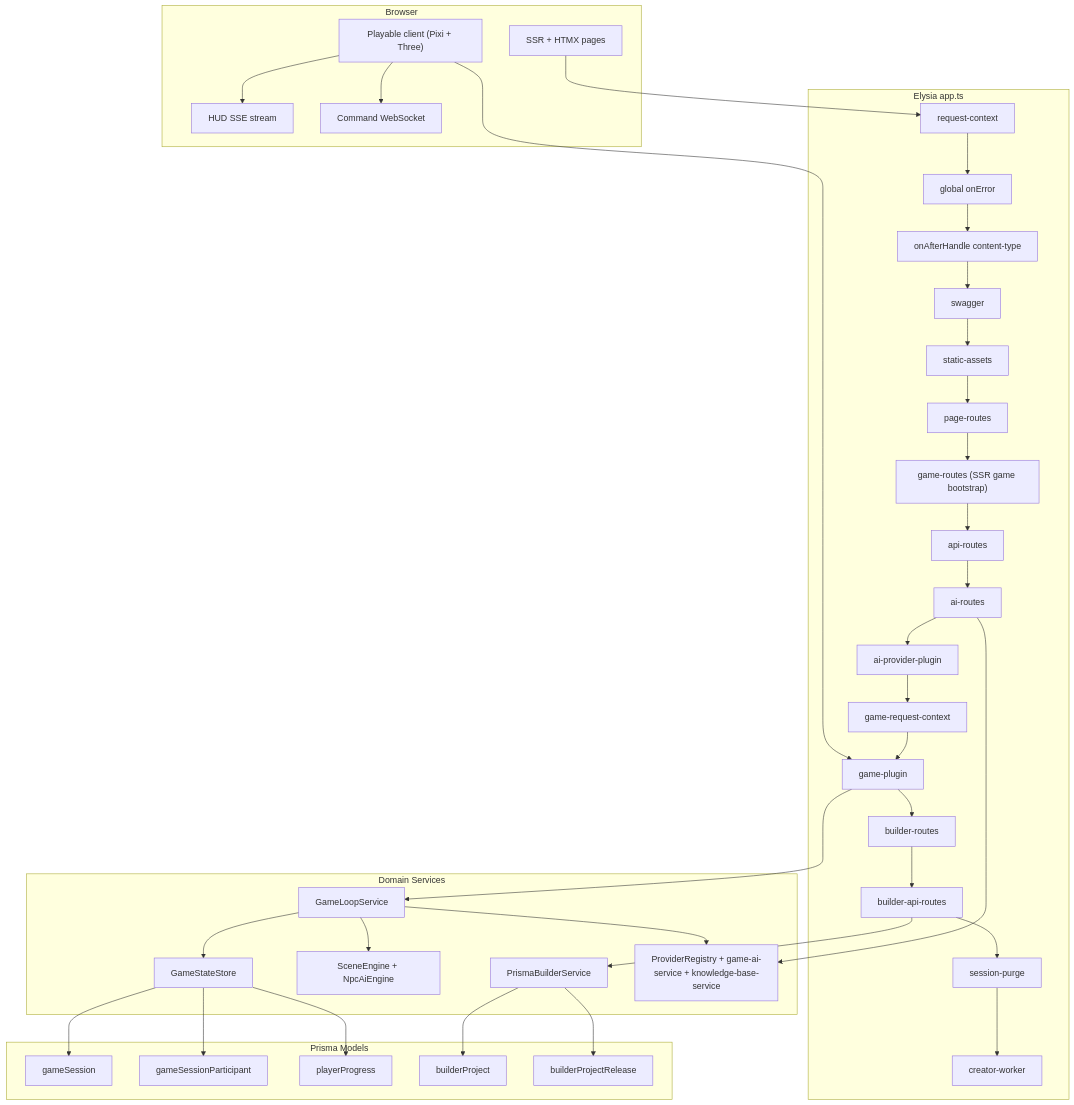
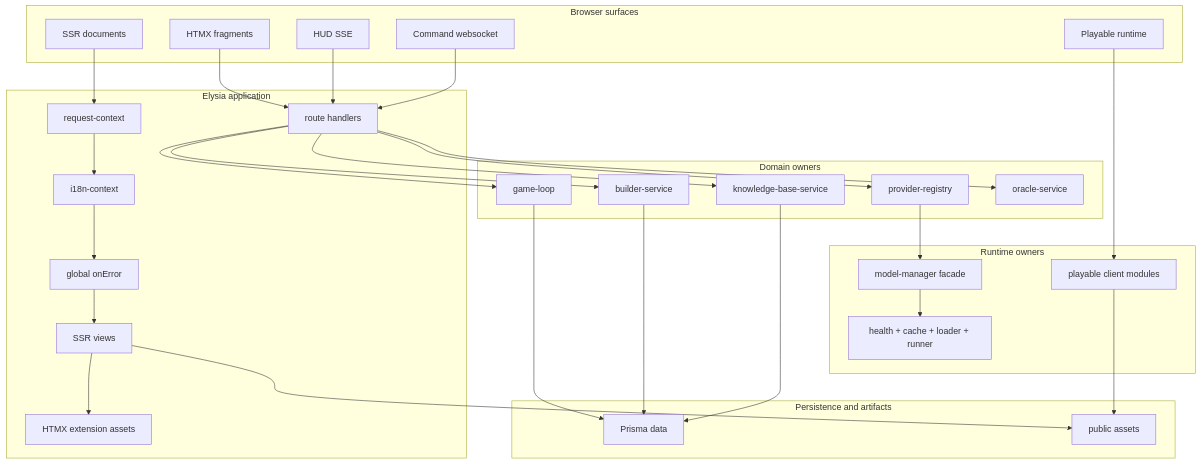
One commit to d4551/tea changed the first of 10 diagrams in ARCHITECTURE.md. Above: the diagram before and after it, drawn with Mermaid. The commit also changed other lines of this file and 115 other files, not shown here.

First line of the commit message:
Refactor TEA architecture documentation and enhance package.json scripts

````diff
--- a/ARCHITECTURE.md
+++ b/ARCHITECTURE.md
@@ -5,58 +7,62 @@
 ```mermaid
-graph TB
-  subgraph Browser["Browser"]
-    HOME["SSR + HTMX pages"]
-    GAME["Playable client (Pixi + Three)"]
-    SSE["HUD SSE stream"]
-    WS["Command WebSocket"]
+flowchart TB
+  subgraph Browser["Browser surfaces"]
+    SSR["SSR documents"]
+    HTMX["HTMX fragments"]
+    Runtime["Playable runtime"]
+    SSE["HUD SSE"]
+    WS["Command websocket"]
   end
 
-  subgraph App["Elysia app.ts"]
+  subgraph Server["Elysia application"]
     RC["request-context"]
-    EH["global onError"]
-    CT["onAfterHandle content-type"]
-    SW["swagger"]
-    SA["static-assets"]
-    PR["page-routes"]
-    GR["game-routes (SSR game bootstrap)"]
-    AR["api-routes"]
-    AIR["ai-routes"]
-    AIP["ai-provider-plugin"]
-    GRC["game-request-context"]
-    GP["game-plugin"]
-    BR["builder-routes"]
-    BA["builder-api-routes"]
-    SP["session-purge"]
-    CW["creator-worker"]
+    LC["i18n-context"]
+    ERR["global onError"]
+    Views["SSR views"]
+    Routes["route handlers"]
+    Ext["HTMX extension assets"]
   end
 
-  subgraph Domain["Domain Services"]
-    LOOP["GameLoopService"]
-    STORE["GameStateStore"]
-    SCENE["SceneEngine + NpcAiEngine"]
-    BUILDER["PrismaBuilderService"]
-    AI["ProviderRegistry + game-ai-service + knowledge-base-service"]
+  subgraph Domain["Domain owners"]
+    Loop["game-loop"]
+    Builder["builder-service"]
+    Registry["provider-registry"]
+    Knowledge["knowledge-base-service"]
+    Oracle["oracle-service"]
   end
 
-  subgraph Data["Prisma Models"]
-    GS["gameSession"]
-    GSP["gameSessionParticipant"]
-    PP["playerProgress"]
-    BP["builderProject"]
-    BPR["builderProjectRelease"]
+  subgraph RuntimeOwners["Runtime owners"]
+    Client["playable client modules"]
+    ModelFacade["model-manager facade"]
+    ModelInternals["health + cache + loader + runner"]
   end
 
-  HOME --> RC
-  GAME --> GP
-  GAME --> SSE
-  GAME --> WS
-  RC --> EH --> CT --> SW --> SA --> PR --> GR --> AR --> AIR --> AIP --> GRC --> GP --> BR --> BA --> SP --> CW
-  GP --> LOOP --> STORE --> GS
-  STORE --> GSP
-  LOOP --> SCENE
-  LOOP --> AI
-  STORE --> PP
-  BA --> BUILDER --> BP
-  BUILDER --> BPR
-  AIR --> AI
+  subgraph Data["Persistence and artifacts"]
+    Prisma["Prisma data"]
+    Assets["public assets"]
+  end
+
+  SSR --> RC
+  HTMX --> Routes
+  Runtime --> Client
+  SSE --> Routes
+  WS --> Routes
+
+  RC --> LC
+  LC --> ERR
+  ERR --> Views
+  Views --> Ext
+  Routes --> Loop
+  Routes --> Builder
+  Routes --> Registry
+  Routes --> Knowledge
+  Routes --> Oracle
+
+  Loop --> Prisma
+  Builder --> Prisma
+  Registry --> ModelFacade
+  ModelFacade --> ModelInternals
+  Knowledge --> Prisma
+  Views --> Assets
+  Client --> Assets
 ```
````
